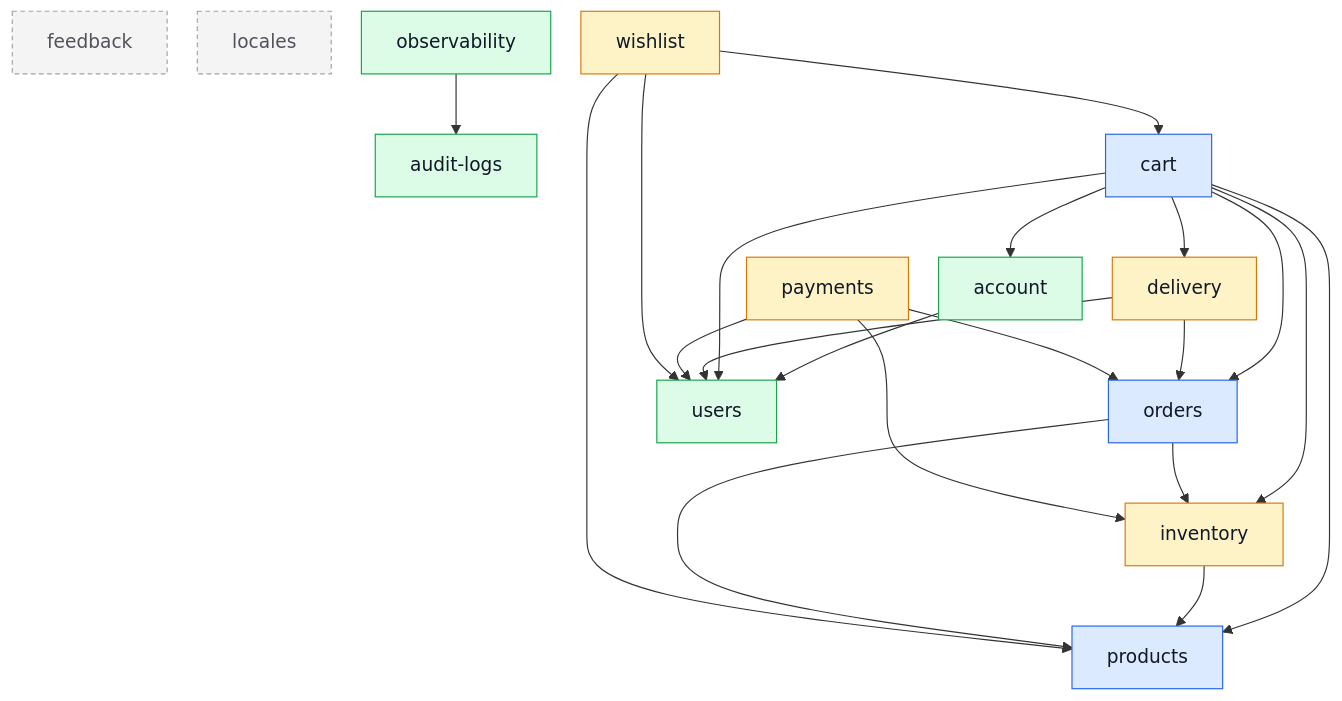
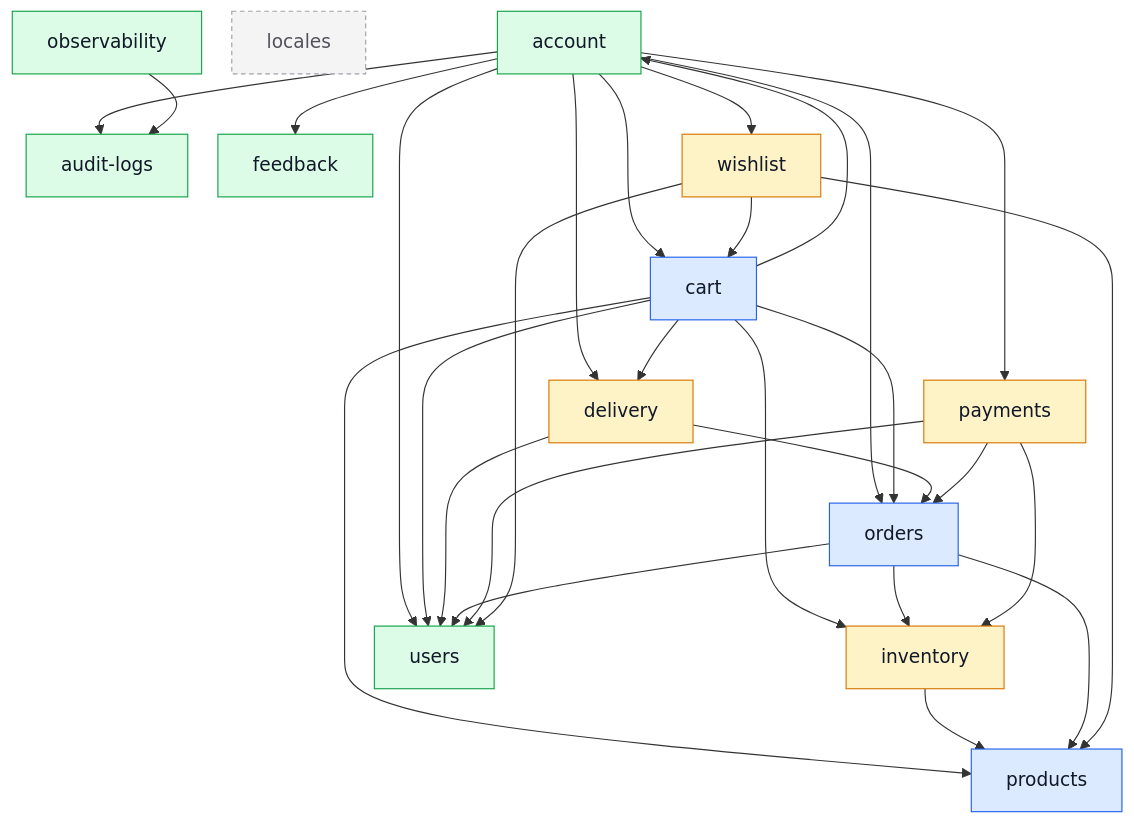
Before and after one commit to Guebbit/boilerplate-node-backend: the diagram in docs/modules/index.md, drawn with Mermaid. The commit also changed other lines of this file and 69 other files, not shown here.

````diff
--- a/docs/modules/index.md
+++ b/docs/modules/index.md
@@ -40,46 +40,54 @@
 ```mermaid
 %%{init: {'flowchart': {'nodeSpacing': 26, 'rankSpacing': 52}}}%%
 flowchart TD
     account
     audit_logs["audit-logs"]
     cart
     delivery
     feedback
     inventory
     locales
     observability
     orders
     payments
     products
     users
     wishlist
 
+    account --> audit_logs
+    account --> cart
+    account --> delivery
+    account --> feedback
+    account --> orders
+    account --> payments
     account --> users
+    account --> wishlist
     cart --> account
     cart --> delivery
     cart --> inventory
     cart --> orders
     cart --> products
     cart --> users
     delivery --> orders
     delivery --> users
     inventory --> products
     observability --> audit_logs
     orders --> inventory
     orders --> products
+    orders --> users
     payments --> inventory
     payments --> orders
     payments --> users
     wishlist --> cart
     wishlist --> products
     wishlist --> users
 
     classDef core fill:#dbeafe,stroke:#2563eb,color:#111827;
     classDef supporting fill:#fef3c7,stroke:#d97706,color:#111827;
     classDef generic fill:#dcfce7,stroke:#16a34a,color:#111827;
     classDef isolated fill:#f4f4f5,stroke:#a1a1aa,color:#52525b,stroke-dasharray:4 3;
     class cart,orders,products core;
     class delivery,inventory,payments,wishlist supporting;
-    class account,audit_logs,observability,users generic;
-    class feedback,locales isolated;
+    class account,audit_logs,feedback,observability,users generic;
+    class locales isolated;
 ```
````
